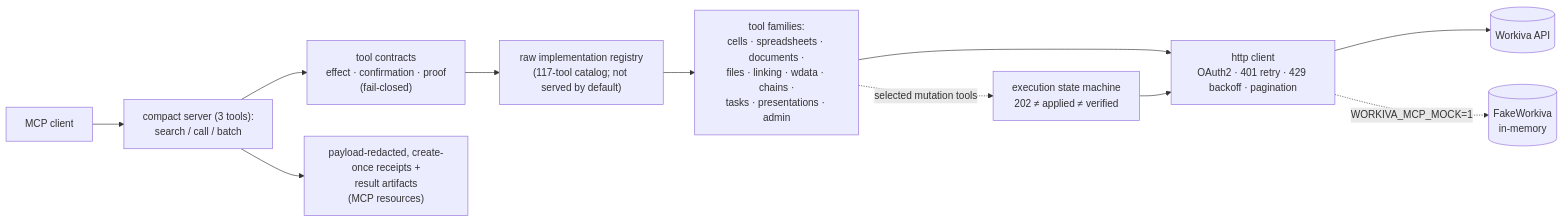
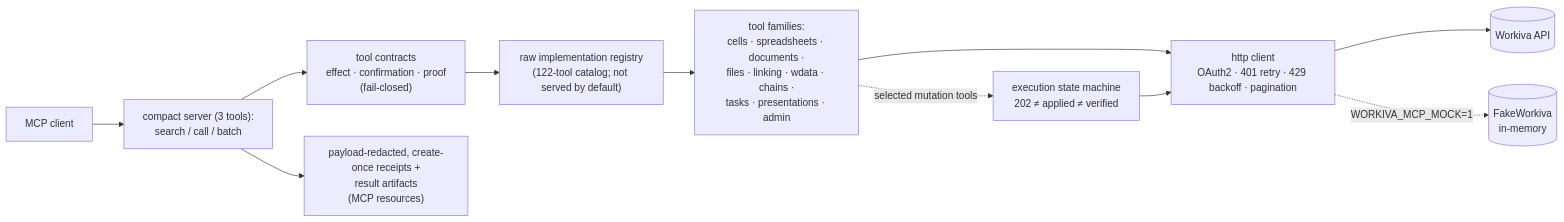
One commit to dbett4/regulated-reporting-mcp changed the diagram in README.md. Above: the diagram before and after it, drawn with Mermaid. The commit also changed other lines of this file and 39 other files, not shown here.

````diff
--- a/README.md
+++ b/README.md
@@ -72,13 +111,13 @@
 ```mermaid
 flowchart LR
     C[MCP client] --> CS["compact server (3 tools):<br/>search / call / batch"]
     CS --> TC["tool contracts<br/>effect · confirmation · proof<br/>(fail-closed)"]
-    TC --> FS["raw implementation registry<br/>(117-tool catalog; not served by default)"]
+    TC --> FS["raw implementation registry<br/>(122-tool catalog; not served by default)"]
     FS --> T["tool families:<br/>cells · spreadsheets · documents ·<br/>files · linking · wdata · chains ·<br/>tasks · presentations · admin"]
     T --> H["http client<br/>OAuth2 · 401 retry · 429 backoff · pagination"]
     T -. selected mutation tools .-> EX["execution state machine<br/>202 ≠ applied ≠ verified"]
     EX --> H
     H --> W[(Workiva API)]
     H -. WORKIVA_MCP_MOCK=1 .-> M[(FakeWorkiva<br/>in-memory)]
     CS --> R["payload-redacted, create-once receipts +<br/>result artifacts<br/>(MCP resources)"]
 ```
````
